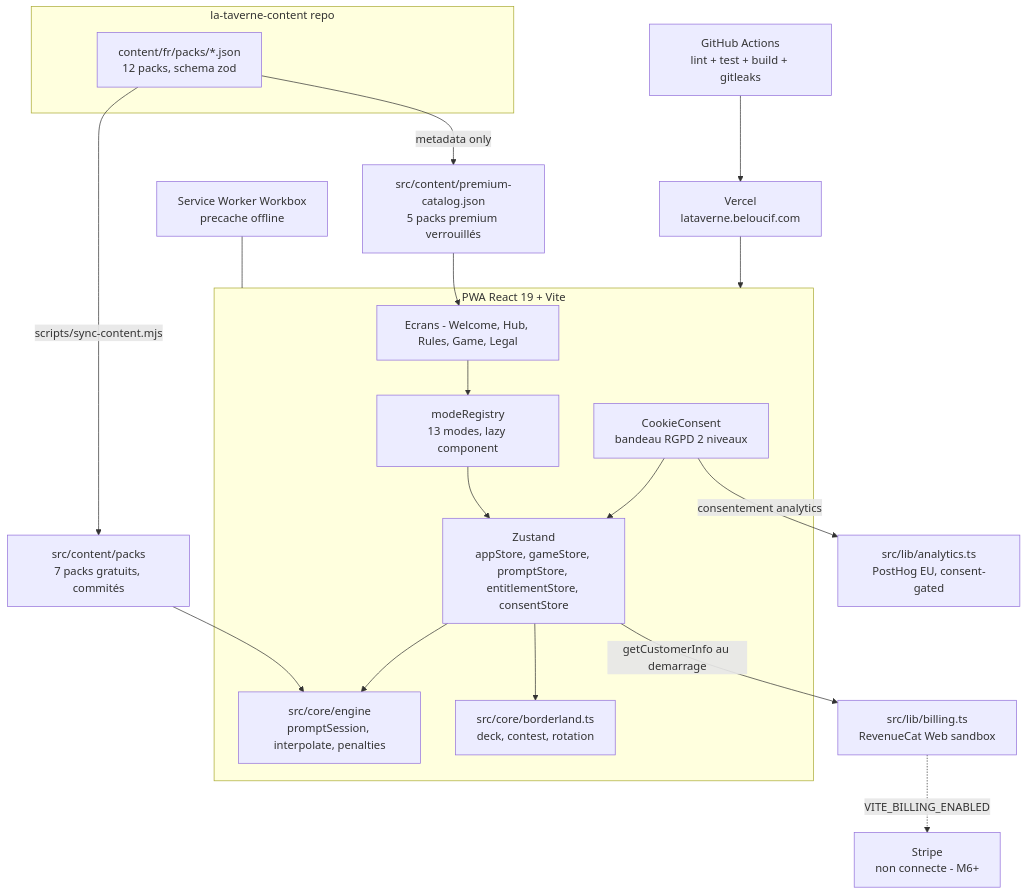
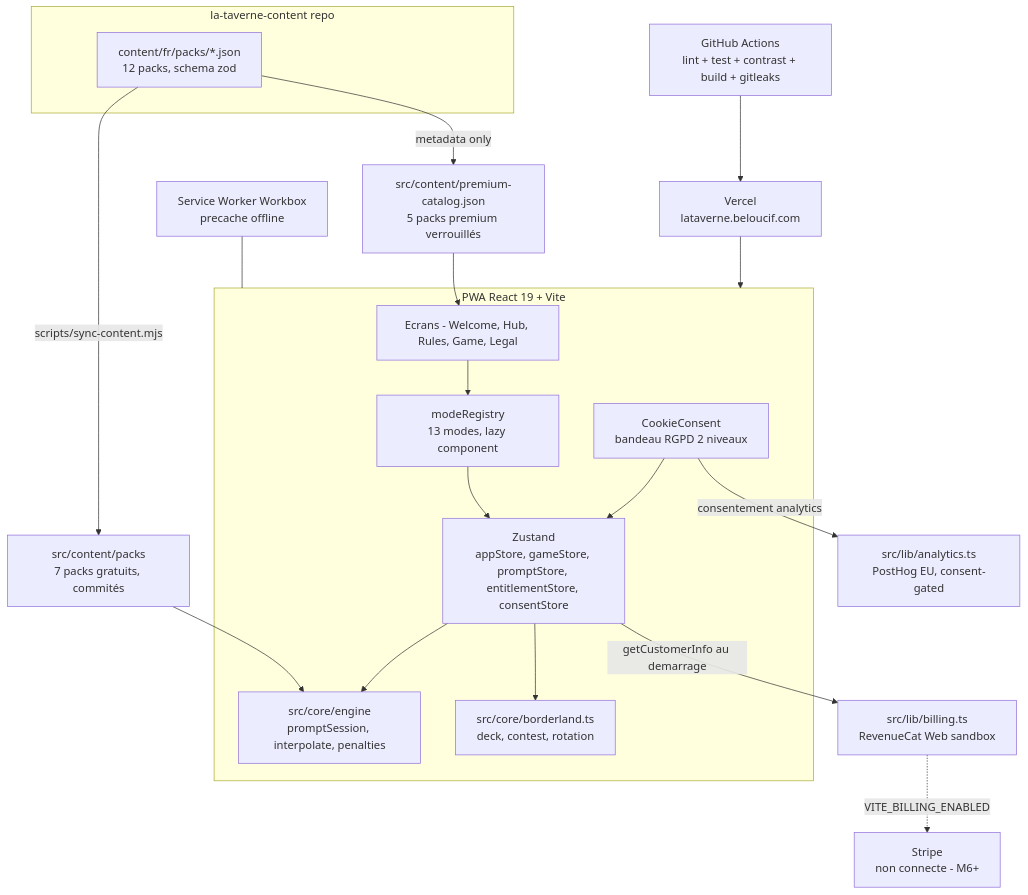
Before and after one commit to Adam-Blf/bacchana: the diagram in README.md, drawn with Mermaid. The commit also changed other lines of this file and 20 other files, not shown here.

````diff
--- a/README.md
+++ b/README.md
@@ -135,30 +139,30 @@
 ```mermaid
 flowchart TD
     subgraph Content [la-taverne-content repo]
         Packs[content/fr/packs/*.json\n12 packs, schema zod]
     end
     Packs -->|scripts/sync-content.mjs| Free[src/content/packs\n7 packs gratuits, commités]
     Packs -->|metadata only| Catalog[src/content/premium-catalog.json\n5 packs premium verrouillés]
 
     subgraph Client [PWA React 19 + Vite]
         UI[Ecrans - Welcome, Hub, Rules, Game, Legal]
         Registry[modeRegistry\n13 modes, lazy component]
         Engine[src/core/engine\npromptSession, interpolate, penalties]
         Core[src/core/borderland.ts\ndeck, contest, rotation]
         Stores[Zustand\nappStore, gameStore, promptStore, entitlementStore, consentStore]
         Cookie[CookieConsent\nbandeau RGPD 2 niveaux]
         UI --> Registry --> Stores
         Stores --> Engine
         Stores --> Core
         Cookie --> Stores
     end
 
     Free --> Engine
     Catalog --> UI
     Cookie -->|consentement analytics| Analytics[src/lib/analytics.ts\nPostHog EU, consent-gated]
     Stores -->|getCustomerInfo au demarrage| Billing[src/lib/billing.ts\nRevenueCat Web sandbox]
     Billing -.->|VITE_BILLING_ENABLED| Stripe[Stripe\nnon connecte - M6+]
     SW[Service Worker Workbox\nprecache offline] --- Client
     Vercel[Vercel\nlataverne.beloucif.com] --> Client
-    CI[GitHub Actions\nlint + test + build + gitleaks] --> Vercel
+    CI[GitHub Actions\nlint + test + contrast + build + gitleaks] --> Vercel
 ```
````
